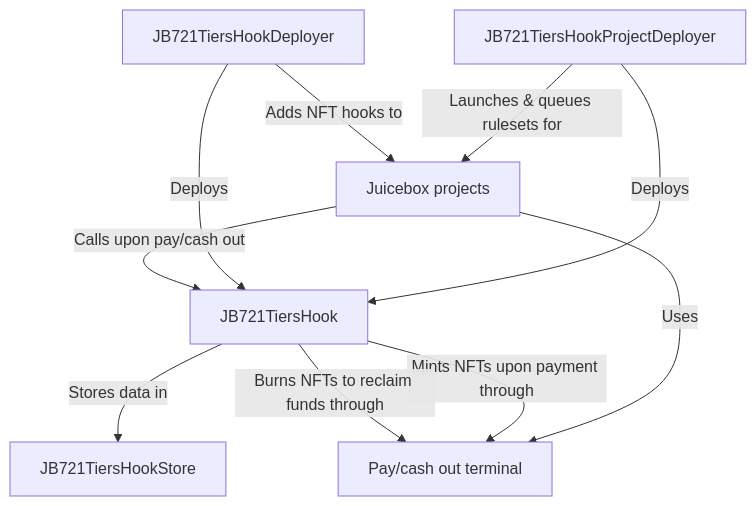
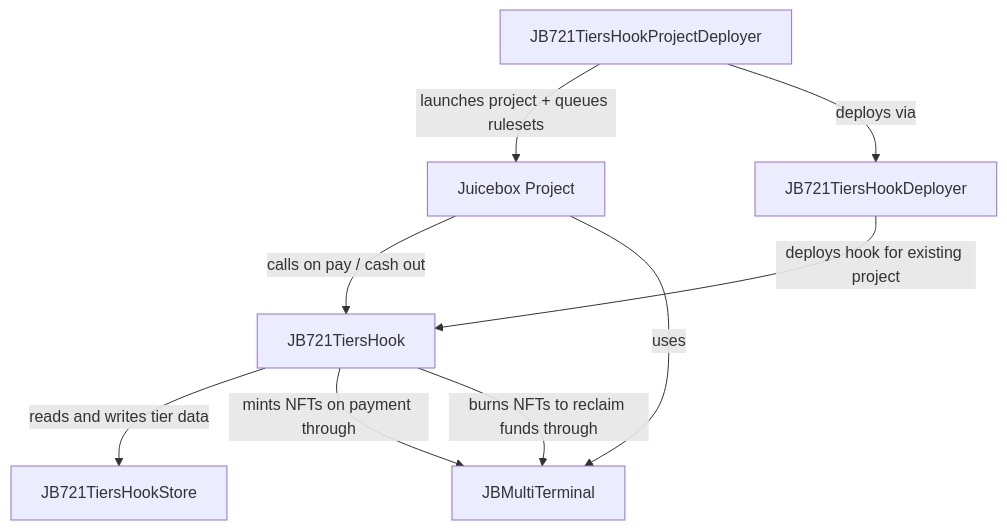
One commit to Bananapus/nana-721-hook-v6 changed the diagram in README.md. Above: the diagram before and after it, drawn with Mermaid. The commit also changed other lines of this file, not shown here.

````diff
--- a/README.md
+++ b/README.md
@@ -181,12 +55,11 @@
 ```mermaid
 graph TD;
-    A[JB721TiersHookProjectDeployer] -->|Launches & queues rulesets for| B[Juicebox projects]
-    D[JB721TiersHookDeployer] -->|Adds NFT hooks to| B
-    A -->|Deploys| C[JB721TiersHook]
-    D -->|Deploys| C
-    B -->|Calls upon pay/cash out| C
-    C -->|Stores data in| E[JB721TiersHookStore]
-    B -->|Uses| F[Pay/cash out terminal]
-    C -->|Mints NFTs upon payment through| F
-    C -->|Burns NFTs to reclaim funds through| F
+    A[JB721TiersHookProjectDeployer] -->|launches project + queues rulesets| B[Juicebox Project]
+    D[JB721TiersHookDeployer] -->|deploys hook for existing project| C[JB721TiersHook]
+    A -->|deploys via| D
+    B -->|calls on pay / cash out| C
+    C -->|reads and writes tier data| E[JB721TiersHookStore]
+    B -->|uses| F[JBMultiTerminal]
+    C -->|mints NFTs on payment through| F
+    C -->|burns NFTs to reclaim funds through| F
 ```
````
